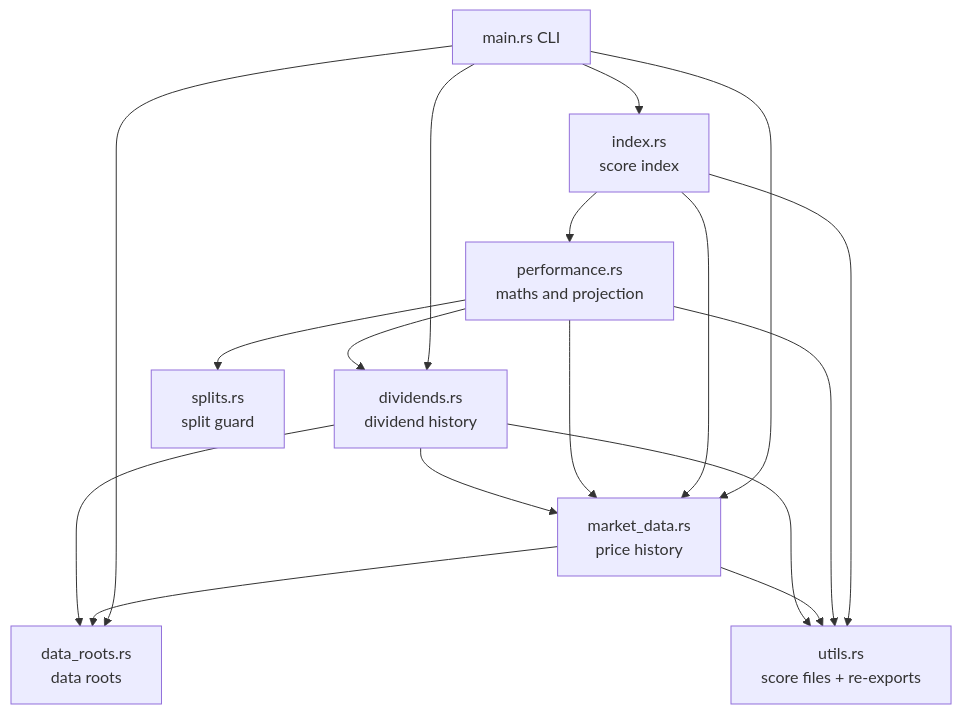
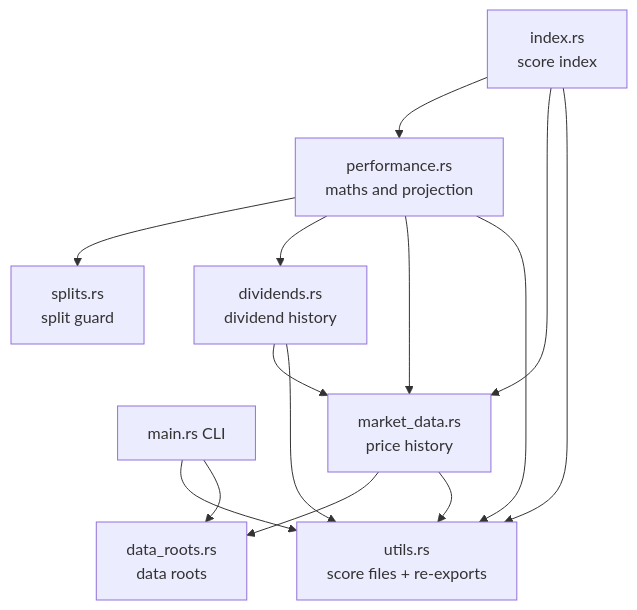
Before and after one commit to stSoftwareAU/GRQ-validation: diagram 19 of 23 in README.md, drawn with Mermaid. The commit also changed 1 other file, not shown here.

Commit message:
Split src/utils.rs into one-concern modules (#882)
Move split, market-data, dividend, performance and score-index code into
their own modules; utils keeps score-file helpers and re-exports the rest.
Correct the README module diagram edges and add the PR summary.

Vibe-Coder-Run-Id: vibe-muhy1kcw-63578f

````diff
--- a/README.md
+++ b/README.md
@@ -1328,19 +1328,16 @@
 ```mermaid
 flowchart TD
-    main[main.rs CLI] --> index
-    main --> market_data
-    main --> dividends
+    main[main.rs CLI] --> utils
     main --> data_roots
     index[index.rs<br/>score index] --> performance
     index --> market_data
     performance[performance.rs<br/>maths and projection] --> splits[splits.rs<br/>split guard]
     performance --> dividends
     performance --> market_data
     dividends[dividends.rs<br/>dividend history] --> market_data
     market_data[market_data.rs<br/>price history] --> data_roots[data_roots.rs<br/>data roots]
-    dividends --> data_roots
     index --> utils[utils.rs<br/>score files + re-exports]
     performance --> utils
     market_data --> utils
     dividends --> utils
 ```
````
